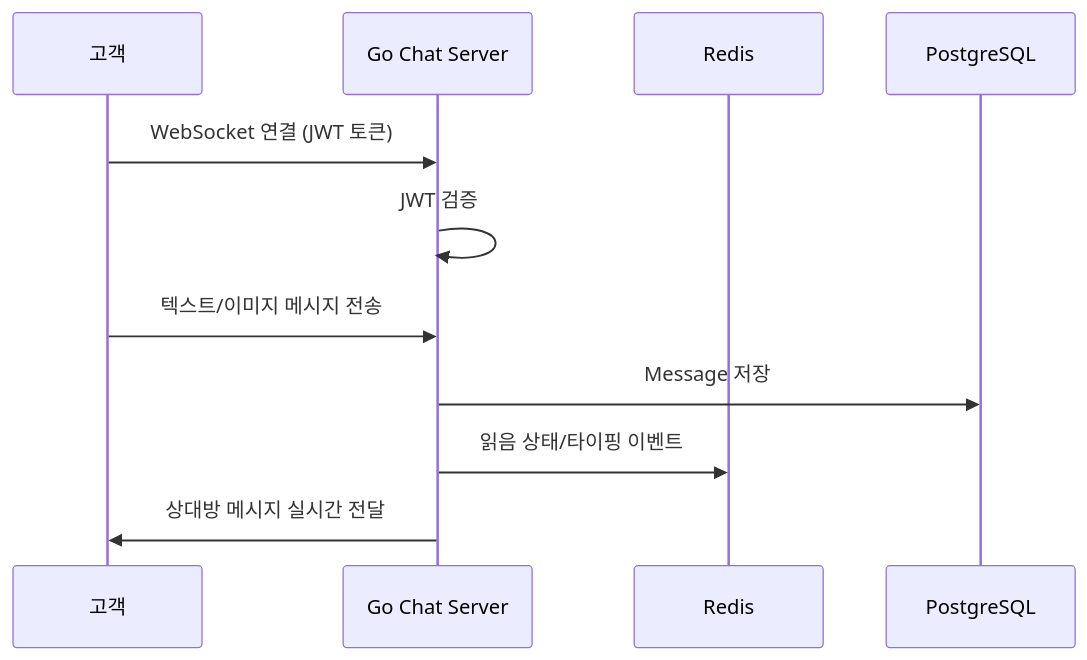
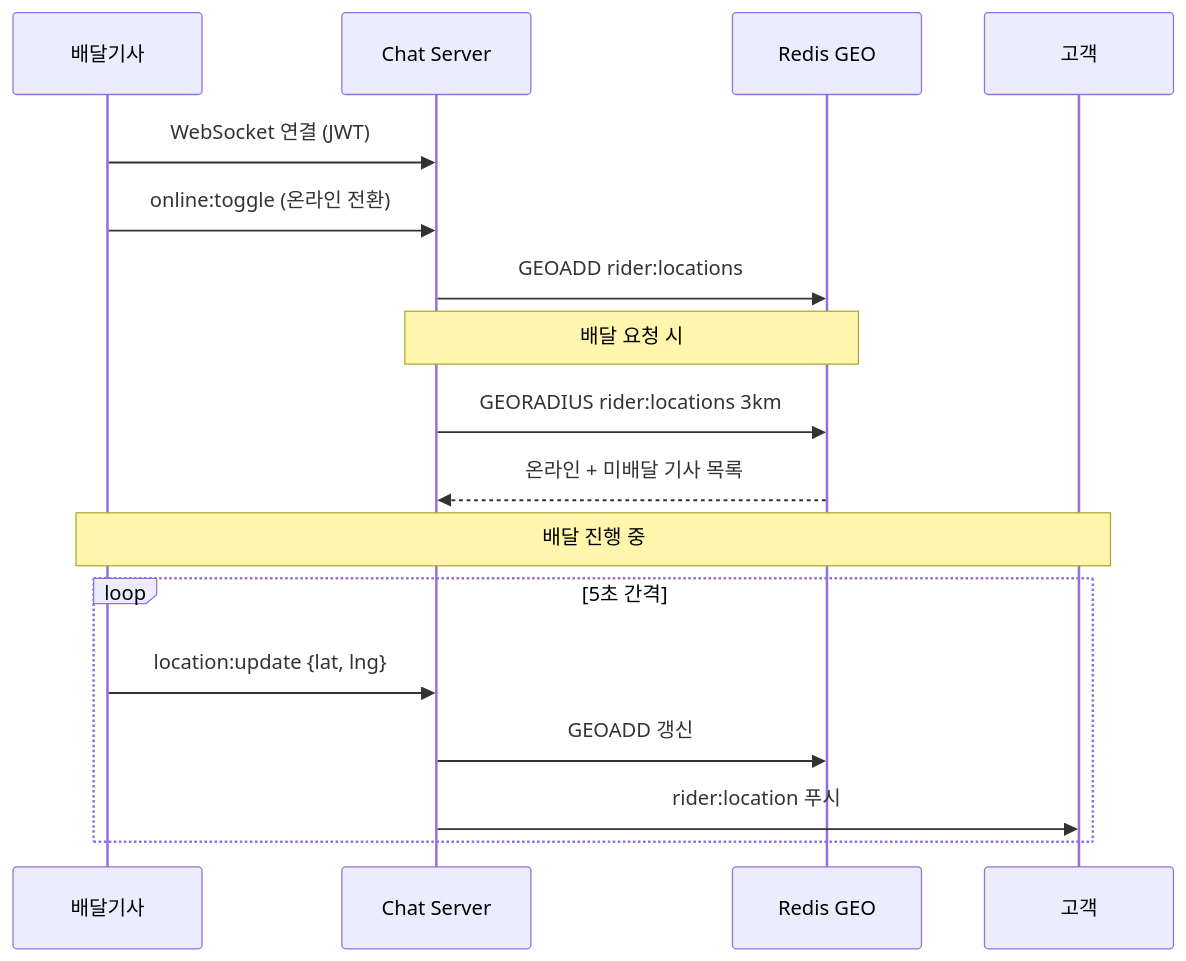
Before and after one commit to JunPyo0117/B-Delivery: the fourth of 5 diagrams in docs/architecture.md, drawn with Mermaid. The commit also changed other lines of this file and 1 other file, not shown here.

First line of the commit message:
WIP(prd): add PRD v2 and update architecture for delivery flow

````diff
--- a/docs/architecture.md
+++ b/docs/architecture.md
@@ -37,14 +115,22 @@
 ```mermaid
 sequenceDiagram
-  participant User as 고객
-  participant Go as Go Chat Server
-  participant Redis as Redis
-  participant DB as PostgreSQL
+    participant R as 배달기사
+    participant Chat as Chat Server
+    participant Redis as Redis GEO
+    participant C as 고객
 
-  User->>Go: WebSocket 연결 (JWT 토큰)
-  Go->>Go: JWT 검증
-  User->>Go: 텍스트/이미지 메시지 전송
-  Go->>DB: Message 저장
-  Go->>Redis: 읽음 상태/타이핑 이벤트
-  Go->>User: 상대방 메시지 실시간 전달
+    R->>Chat: WebSocket 연결 (JWT)
+    R->>Chat: online:toggle (온라인 전환)
+    Chat->>Redis: GEOADD rider:locations
+
+    Note over Chat,Redis: 배달 요청 시
+    Chat->>Redis: GEORADIUS rider:locations 3km
+    Redis-->>Chat: 온라인 + 미배달 기사 목록
+
+    Note over R,C: 배달 진행 중
+    loop 5초 간격
+        R->>Chat: location:update {lat, lng}
+        Chat->>Redis: GEOADD 갱신
+        Chat->>C: rider:location 푸시
+    end
 ```
````
